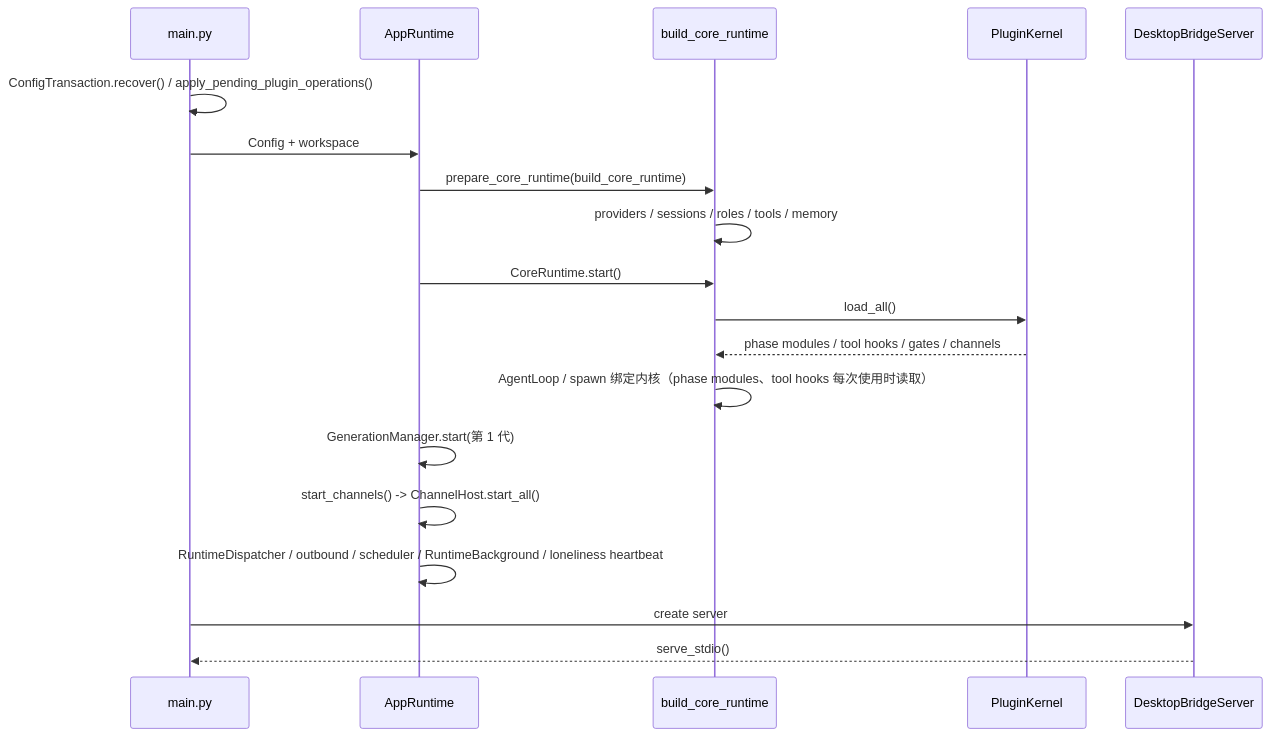
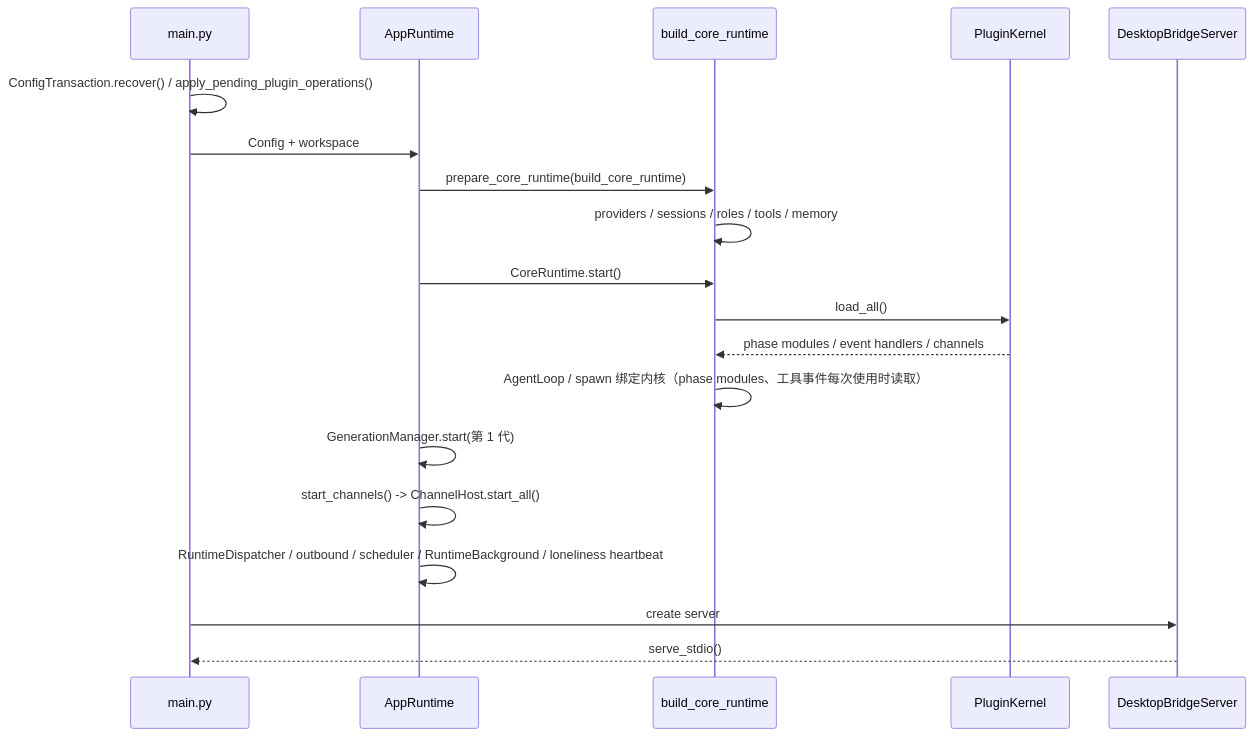
Before and after one commit to YinFengWindy/Shiori-Agent: the first of 2 diagrams in docs/knowledge/flows/startup-and-shutdown.md, drawn with Mermaid. The commit also changed 88 other files, not shown here.

````diff
--- a/docs/knowledge/flows/startup-and-shutdown.md
+++ b/docs/knowledge/flows/startup-and-shutdown.md
@@ -23,21 +23,21 @@
 ```mermaid
 sequenceDiagram
   participant Main as main.py
   participant App as AppRuntime
   participant Core as build_core_runtime
   participant Plugin as PluginKernel
   participant Bridge as DesktopBridgeServer
   Main->>Main: ConfigTransaction.recover() / apply_pending_plugin_operations()
   Main->>App: Config + workspace
   App->>Core: prepare_core_runtime(build_core_runtime)
   Core->>Core: providers / sessions / roles / tools / memory
   App->>Core: CoreRuntime.start()
   Core->>Plugin: load_all()
-  Plugin-->>Core: phase modules / tool hooks / gates / channels
-  Core->>Core: AgentLoop / spawn 绑定内核（phase modules、tool hooks 每次使用时读取）
+  Plugin-->>Core: phase modules / event handlers / channels
+  Core->>Core: AgentLoop / spawn 绑定内核（phase modules、工具事件每次使用时读取）
   App->>App: GenerationManager.start(第 1 代)
   App->>App: start_channels() -> ChannelHost.start_all()
   App->>App: RuntimeDispatcher / outbound / scheduler / RuntimeBackground / loneliness heartbeat
   Main->>Bridge: create server
   Bridge-->>Main: serve_stdio()
 ```
````
